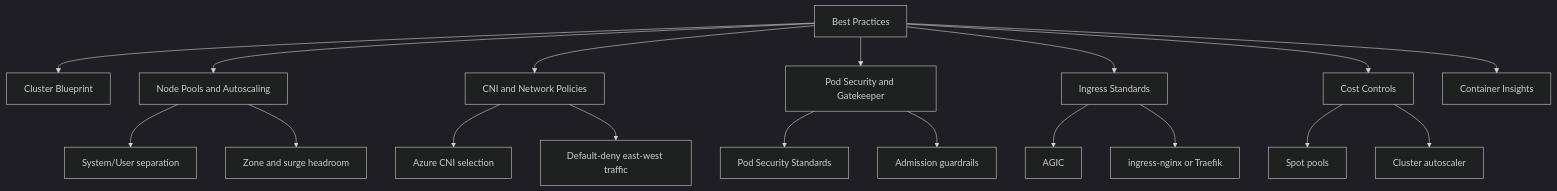
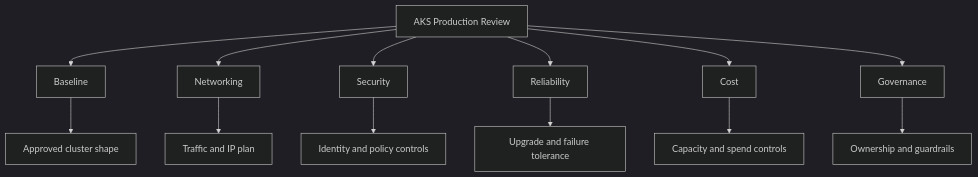
Before and after one commit to yeongseon/azure-kubernetes-service-practical-guide: the diagram in docs/best-practices/index.md, drawn with Mermaid (dark theme). The commit also changed other lines of this file and 8 other files, not shown here.

Commit message:
docs: specialize AKS best practices guidance

````diff
--- a/docs/best-practices/index.md
+++ b/docs/best-practices/index.md
@@ -32,20 +39,15 @@
 ```mermaid
 flowchart TD
-    A[Best Practices] --> B[Cluster Blueprint]
-    A --> C[Node Pools and Autoscaling]
-    A --> D[CNI and Network Policies]
-    A --> E[Pod Security and Gatekeeper]
-    A --> F[Ingress Standards]
-    A --> G[Cost Controls]
-    A --> H[Container Insights]
-    C --> C1[System/User separation]
-    C --> C2[Zone and surge headroom]
-    D --> D1[Azure CNI selection]
-    D --> D2[Default-deny east-west traffic]
-    E --> E1[Pod Security Standards]
-    E --> E2[Admission guardrails]
-    F --> F1[AGIC]
-    F --> F2[ingress-nginx or Traefik]
-    G --> G1[Spot pools]
-    G --> G2[Cluster autoscaler]
+    A[AKS Production Review] --> B[Baseline]
+    A --> C[Networking]
+    A --> D[Security]
+    A --> E[Reliability]
+    A --> F[Cost]
+    A --> G[Governance]
+    B --> H[Approved cluster shape]
+    C --> I[Traffic and IP plan]
+    D --> J[Identity and policy controls]
+    E --> K[Upgrade and failure tolerance]
+    F --> L[Capacity and spend controls]
+    G --> M[Ownership and guardrails]
 ```
````
